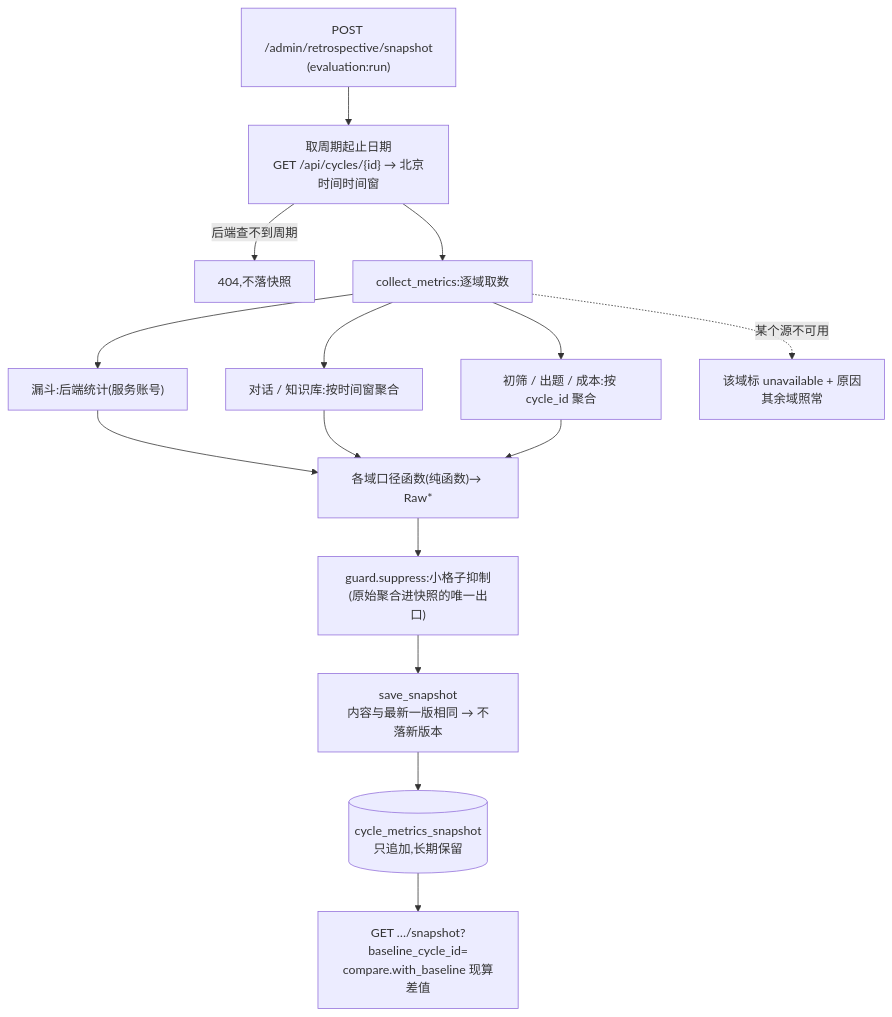
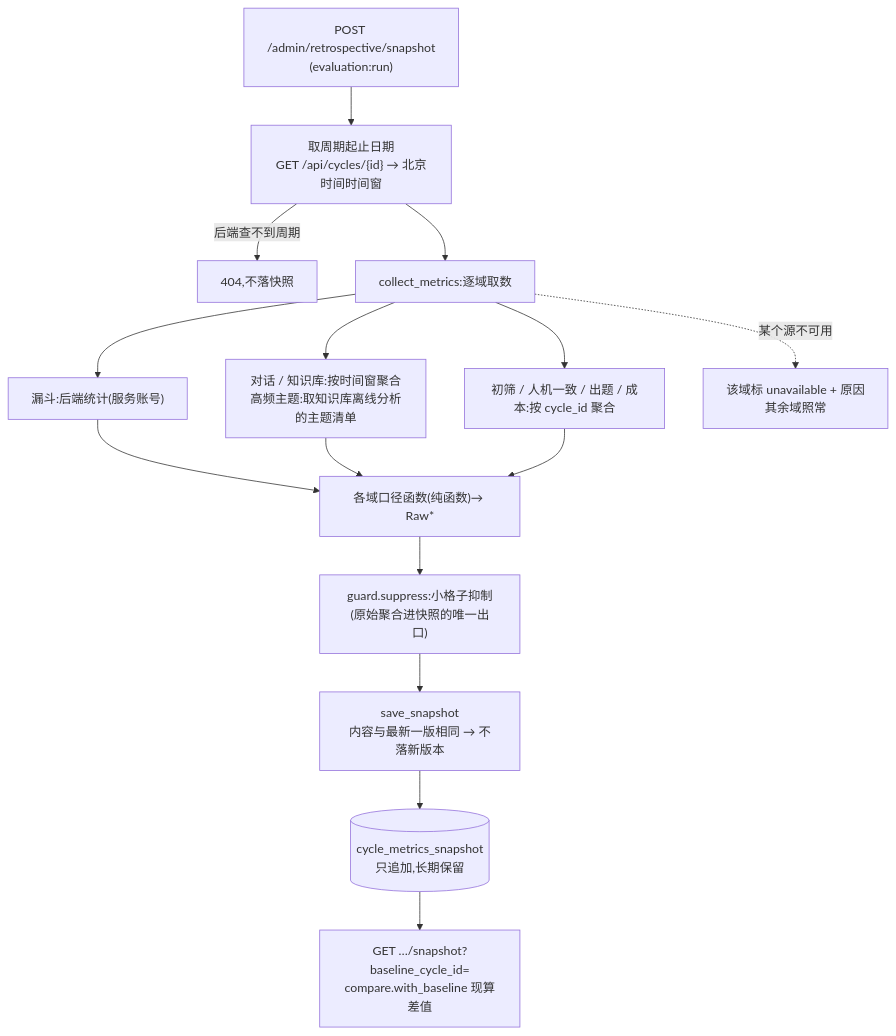
One commit to Boyuan-IT-Club/Official_Web_Agent changed diagram 11 of 12 in docs/architecture.md. Above: the diagram before and after it, drawn with Mermaid. The commit also changed other lines of this file and 27 other files, not shown here.

````diff
--- a/docs/architecture.md
+++ b/docs/architecture.md
@@ -464,17 +464,17 @@
 ```mermaid
 flowchart TD
     T["POST /admin/retrospective/snapshot<br/>(evaluation:run)"] --> W["取周期起止日期<br/>GET /api/cycles/{id} → 北京时间时间窗"]
     W -->|后端查不到周期| NF["404,不落快照"]
     W --> C["collect_metrics:逐域取数"]
     C --> F["漏斗:后端统计(服务账号)"]
-    C --> A["对话 / 知识库:按时间窗聚合"]
-    C --> E["初筛 / 出题 / 成本:按 cycle_id 聚合"]
+    C --> A["对话 / 知识库:按时间窗聚合<br/>高频主题:取知识库离线分析的主题清单"]
+    C --> E["初筛 / 人机一致 / 出题 / 成本:按 cycle_id 聚合"]
     F --> R["各域口径函数(纯函数)→ Raw*"]
     A --> R
     E --> R
     C -.某个源不可用.-> D["该域标 unavailable + 原因<br/>其余域照常"]
     R --> G["guard.suppress:小格子抑制<br/>(原始聚合进快照的唯一出口)"]
     G --> S["save_snapshot<br/>内容与最新一版相同 → 不落新版本"]
     S --> SNAP[("cycle_metrics_snapshot<br/>只追加,长期保留")]
     SNAP --> RD["GET …/snapshot?baseline_cycle_id=<br/>compare.with_baseline 现算差值"]
 ```
````
